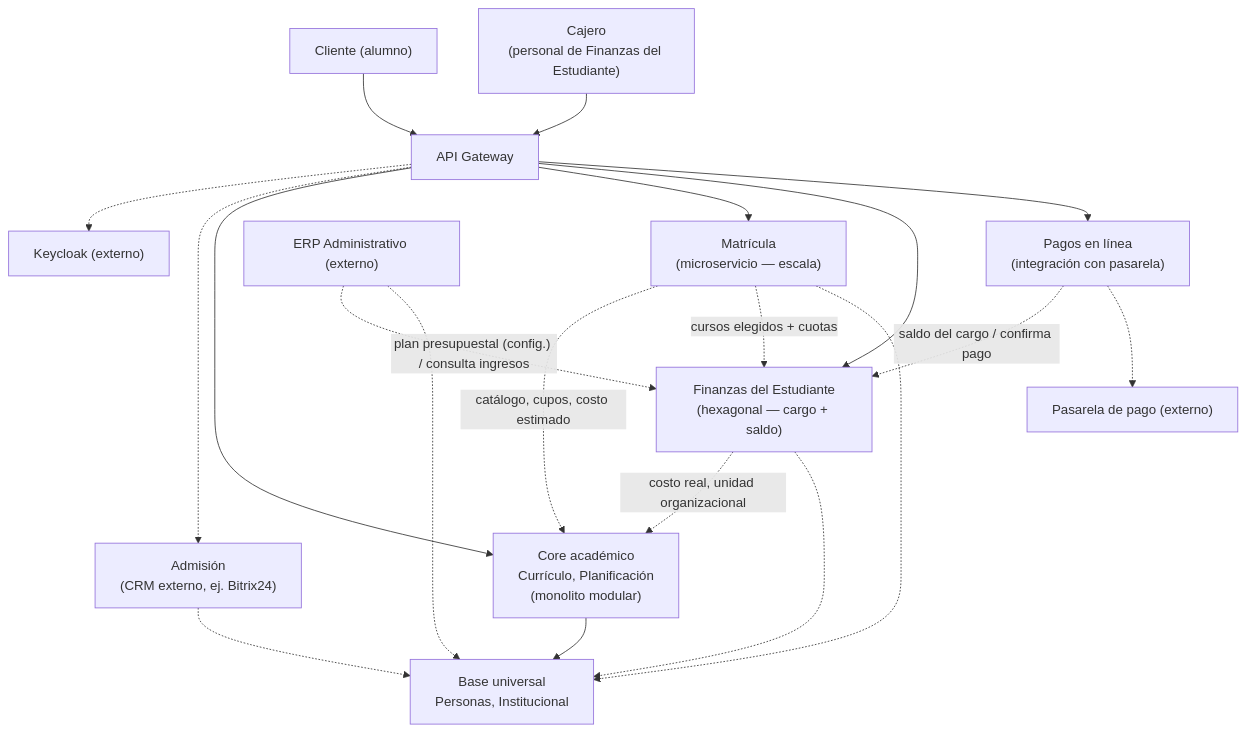
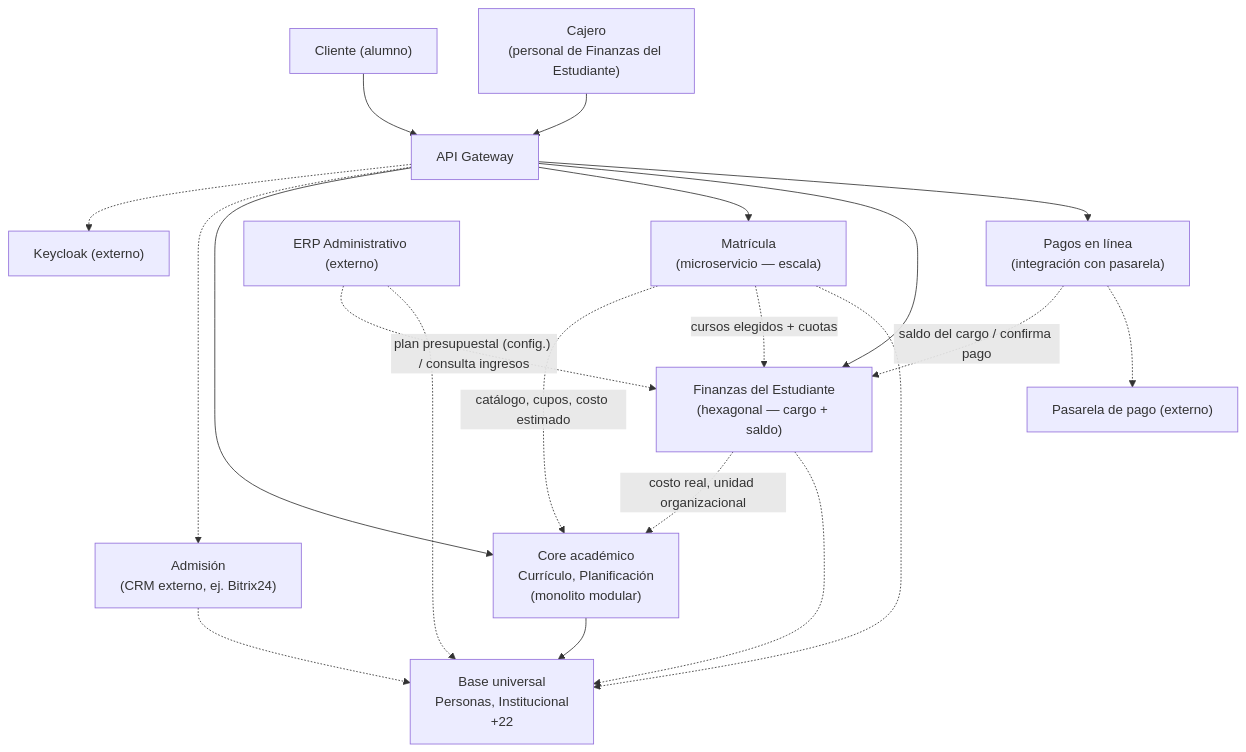
The sixth of 6 diagrams in docs/proyecto-sello/acad.md (262dist/pagatu), drawn with Mermaid before and after one commit. The commit also changed other lines of this file and 1 other file, not shown here.

````diff
--- a/docs/proyecto-sello/acad.md
+++ b/docs/proyecto-sello/acad.md
@@ -307,31 +311,31 @@
 ```mermaid
 flowchart TB
     Cliente["Cliente (alumno)"]
     Cajero["Cajero<br/>(personal de Finanzas del Estudiante)"]
     Gateway["API Gateway"]
     Keycloak["Keycloak (externo)"]
 
     Cliente --> Gateway
     Cajero --> Gateway
     Gateway -.-> Keycloak
     Gateway -.-> Admision["Admisión<br/>(CRM externo, ej. Bitrix24)"]
     Gateway --> CoreAcademico["Core académico<br/>Currículo, Planificación<br/>(monolito modular)"]
     Gateway --> Matricula["Matrícula<br/>(microservicio — escala)"]
     Gateway --> Finanzas["Finanzas del Estudiante<br/>(hexagonal — cargo + saldo)"]
     Gateway --> PagosOnline["Pagos en línea<br/>(integración con pasarela)"]
 
     Matricula -.->|"catálogo, cupos, costo estimado"| CoreAcademico
     Matricula -.->|"cursos elegidos + cuotas"| Finanzas
     Finanzas -.->|"costo real, unidad organizacional"| CoreAcademico
     PagosOnline -.->|"saldo del cargo / confirma pago"| Finanzas
     PagosOnline -.-> Pasarela["Pasarela de pago (externo)"]
 
     ERP["ERP Administrativo (externo)"] -.->|"plan presupuestal (config.) / consulta ingresos"| Finanzas
 
-    Base["Base universal<br/>Personas, Institucional"]
+    Base["Base universal<br/>Personas, Institucional<br/>+22"]
     CoreAcademico --> Base
     Matricula -.-> Base
     Finanzas -.-> Base
     Admision -.-> Base
     ERP -.-> Base
 ```
````
